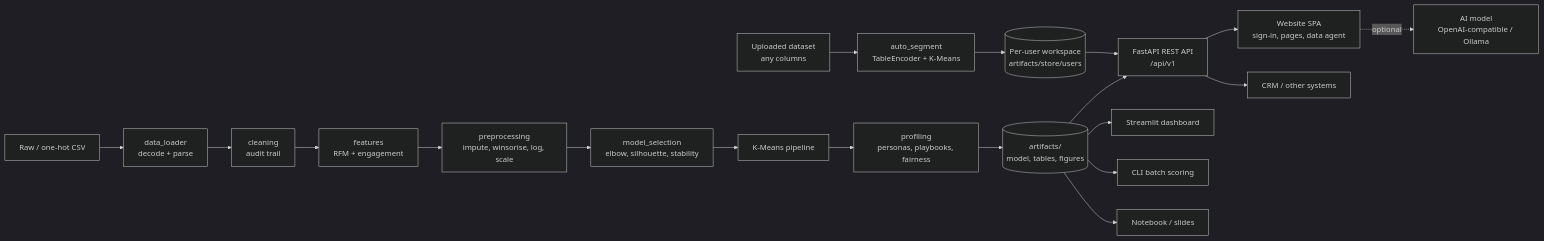
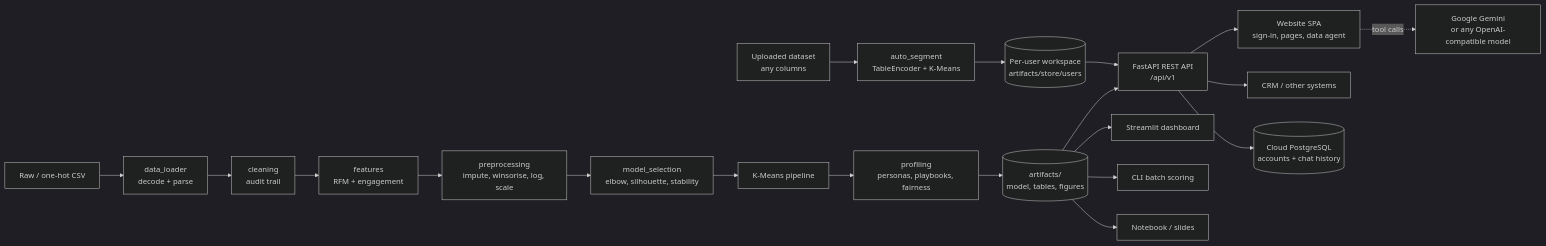
One commit to uditmehrotradkd-cpu/customer-iq changed the diagram in Customer Segementation/README.md. Above: the diagram before and after it, drawn with Mermaid (dark theme). The commit also changed other lines of this file, not shown here.

Commit message:
README: document cloud accounts, Gemini agent, Segment & apply, new look, calm mode, synthetic data, GitHub

````diff
--- a/Customer Segementation/README.md
+++ b/Customer Segementation/README.md
@@ -319,21 +319,22 @@
 ```mermaid
 flowchart LR
     A[Raw / one-hot CSV] --> B[data_loader<br/>decode + parse]
     B --> C[cleaning<br/>audit trail]
     C --> D[features<br/>RFM + engagement]
     D --> E[preprocessing<br/>impute, winsorise, log, scale]
     E --> F[model_selection<br/>elbow, silhouette, stability]
     F --> G[K-Means pipeline]
     G --> H[profiling<br/>personas, playbooks, fairness]
     H --> I[(artifacts/<br/>model, tables, figures)]
     I --> W[FastAPI REST API<br/>/api/v1]
     U[Uploaded dataset<br/>any columns] --> T[auto_segment<br/>TableEncoder + K-Means]
     T --> R[(Per-user workspace<br/>artifacts/store/users)]
     R --> W
     W --> S[Website SPA<br/>sign-in, pages, data agent]
     W --> X[CRM / other systems]
-    S -. optional .-> AI[AI model<br/>OpenAI-compatible / Ollama]
+    W --> P[(Cloud PostgreSQL<br/>accounts + chat history)]
+    S -. tool calls .-> AI[Google Gemini<br/>or any OpenAI-compatible model]
     I --> J[Streamlit dashboard]
     I --> K[CLI batch scoring]
     I --> L[Notebook / slides]
 ```
````
